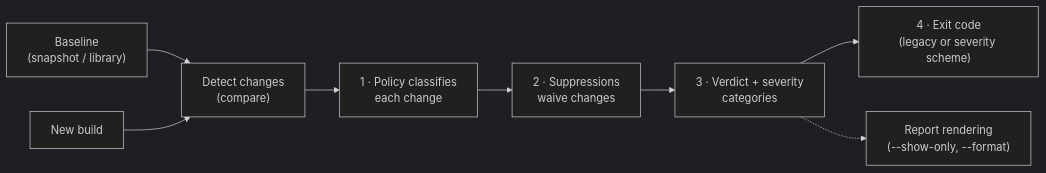
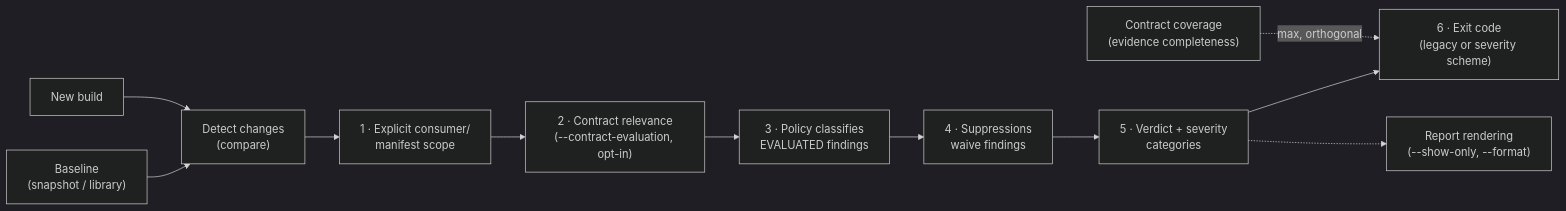
The diagram in docs/use/ci-gating.md (abicheck/abicheck), drawn with Mermaid (dark theme) before and after one commit. The commit also changed other lines of this file and 8 other files, not shown here.

First line of the commit message:
docs: fix stale contract-evaluation, pipeline-order, and aggregate-axes claims

````diff
--- a/docs/use/ci-gating.md
+++ b/docs/use/ci-gating.md
@@ -20,10 +23,13 @@
 ```mermaid
 flowchart LR
     B["Baseline<br/>(snapshot / library)"] --> D["Detect changes<br/>(compare)"]
     N["New build"] --> D
-    D --> P["1 · Policy classifies<br/>each change"]
-    P --> S["2 · Suppressions<br/>waive changes"]
-    S --> V["3 · Verdict + severity<br/>categories"]
-    V --> E["4 · Exit code<br/>(legacy or severity scheme)"]
+    D --> SC["1 · Explicit consumer/<br/>manifest scope"]
+    SC --> CR["2 · Contract relevance<br/>(--contract-evaluation, opt-in)"]
+    CR --> P["3 · Policy classifies<br/>EVALUATED findings"]
+    P --> S["4 · Suppressions<br/>waive findings"]
+    S --> V["5 · Verdict + severity<br/>categories"]
+    V --> E["6 · Exit code<br/>(legacy or severity scheme)"]
+    CC["Contract coverage<br/>(evidence completeness)"] -.->|max, orthogonal| E
     V -.-> R["Report rendering<br/>(--show-only, --format)"]
 ```
````
